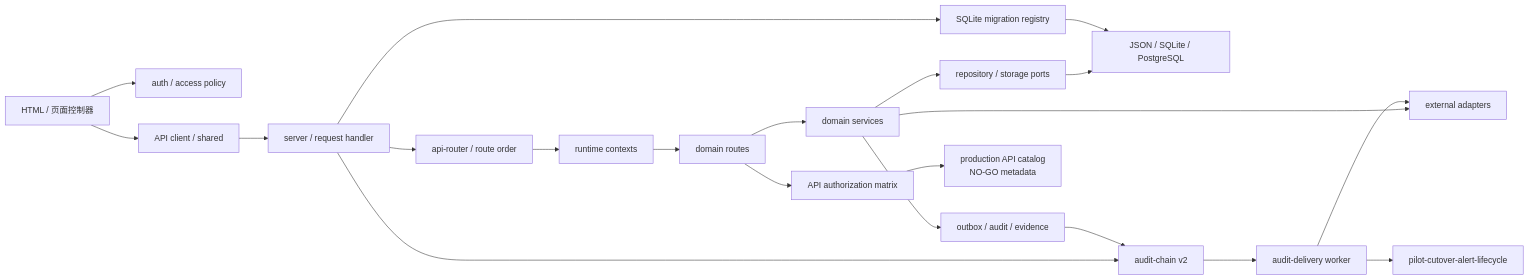
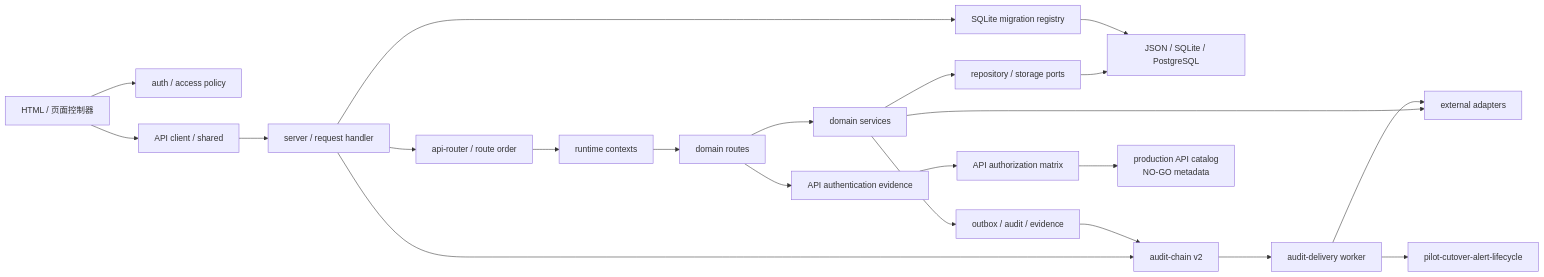
The diagram in DEPENDENCY_MAP.md (xujiann/chronic-care-platform), drawn with Mermaid before and after one commit. The commit also changed other lines of this file and 25 other files, not shown here.

Commit message:
governance(api): verify custom authentication evidence (#160)

````diff
--- a/DEPENDENCY_MAP.md
+++ b/DEPENDENCY_MAP.md
@@ -7,23 +7,24 @@
 ```mermaid
 flowchart LR
   UI["HTML / 页面控制器"] --> AUTH["auth / access policy"]
   UI --> CLIENT["API client / shared"]
   CLIENT --> HTTP["server / request handler"]
   HTTP --> ROUTER["api-router / route order"]
   ROUTER --> CTX["runtime contexts"]
   CTX --> ROUTES["domain routes"]
   ROUTES --> DOMAIN["domain services"]
   DOMAIN --> REPO["repository / storage ports"]
   REPO --> STORE["JSON / SQLite / PostgreSQL"]
   HTTP --> MIG["SQLite migration registry"]
   MIG --> STORE
   DOMAIN --> EXT["external adapters"]
   DOMAIN --> EVT["outbox / audit / evidence"]
   HTTP --> AUDIT["audit-chain v2"]
   EVT --> AUDIT
   AUDIT --> ADEL["audit-delivery worker"]
   ADEL --> ALERT["pilot-cutover-alert-lifecycle"]
   ADEL --> EXT
-  ROUTES --> AM["API authorization matrix"]
+  ROUTES --> AE["API authentication evidence"]
+  AE --> AM["API authorization matrix"]
   AM --> AC["production API catalog\nNO-GO metadata"]
 ```
````
